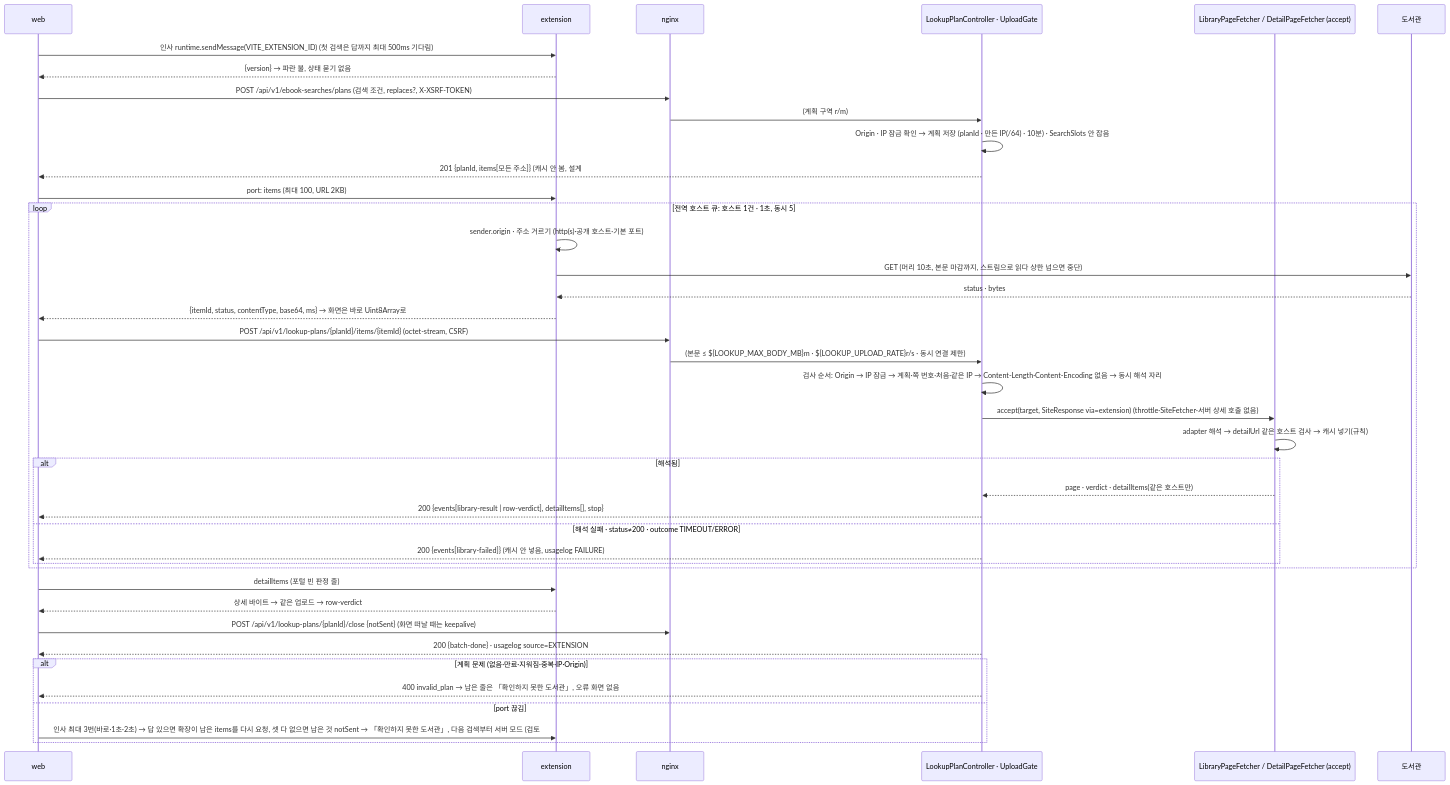
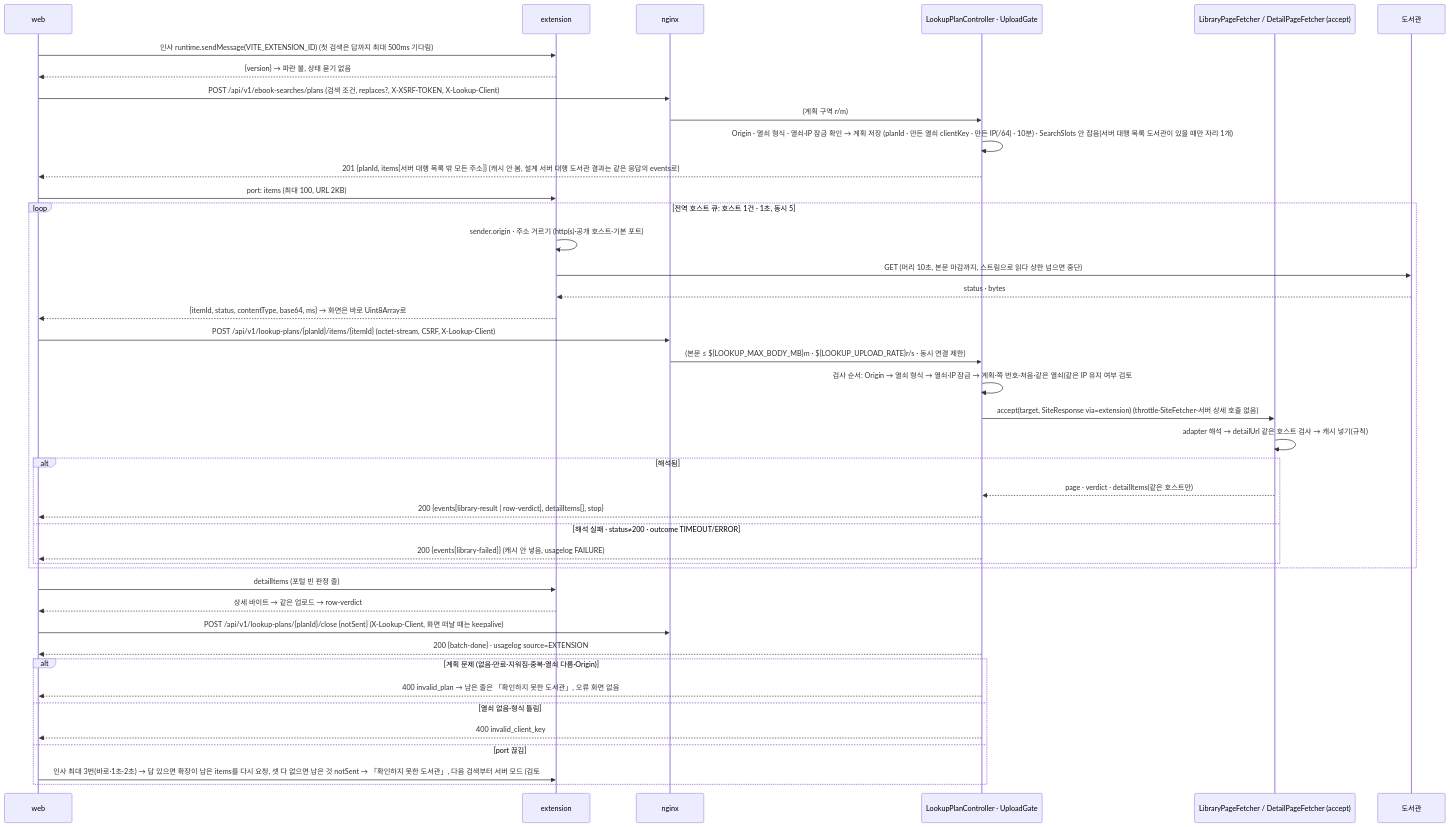
The third of 6 diagrams in docs/cycles/20-lookup-status-and-extension/design-delta.md (hodu-sketch/chaekcheck-plan), drawn with Mermaid before and after one commit. The commit also changed other lines of this file and 11 other files, not shown here.

Commit message:
cycle 20: apply design review fixes (env name, CHECKs, browser key everywhere, stale values, ACs, ADR-0131); review items #27-#31

````diff
--- a/docs/cycles/20-lookup-status-and-extension/design-delta.md
+++ b/docs/cycles/20-lookup-status-and-extension/design-delta.md
@@ -66,42 +67,44 @@
 ```mermaid
 sequenceDiagram
   participant W as web
   participant X as extension
   participant N as nginx
   participant P as LookupPlanController · UploadGate
   participant F as LibraryPageFetcher / DetailPageFetcher (accept)
   participant L as 도서관
   W->>X: 인사 runtime.sendMessage(VITE_EXTENSION_ID) (첫 검색은 답까지 최대 500ms 기다림)
   X-->>W: {version} → 파란 불, 상태 묻기 없음
-  W->>N: POST /api/v1/ebook-searches/plans (검색 조건, replaces?, X-XSRF-TOKEN)
+  W->>N: POST /api/v1/ebook-searches/plans (검색 조건, replaces?, X-XSRF-TOKEN, X-Lookup-Client)
   N->>P: (계획 구역 r/m)
-  P->>P: Origin · IP 잠금 확인 → 계획 저장 (planId · 만든 IP(/64) · 10분) · SearchSlots 안 잡음
-  P-->>W: 201 {planId, items[모든 주소]} (캐시 안 봄, 설계 #9)
+  P->>P: Origin · 열쇠 형식 · 열쇠·IP 잠금 확인 → 계획 저장 (planId · 만든 열쇠 clientKey · 만든 IP(/64) · 10분) · SearchSlots 안 잡음(서버 대행 목록 도서관이 있을 때만 자리 1개)
+  P-->>W: 201 {planId, items[서버 대행 목록 밖 모든 주소]} (캐시 안 봄, 설계 #9; 서버 대행 도서관 결과는 같은 응답의 events로)
   W->>X: port: items (최대 100, URL 2KB)
   loop 전역 호스트 큐: 호스트 1건 · 1초, 동시 5
     X->>X: sender.origin · 주소 거르기 (http(s)·공개 호스트·기본 포트)
     X->>L: GET (머리 10초, 본문 마감까지, 스트림으로 읽다 상한 넘으면 중단)
     L-->>X: status · bytes
     X-->>W: {itemId, status, contentType, base64, ms} → 화면은 바로 Uint8Array로
-    W->>N: POST /api/v1/lookup-plans/{planId}/items/{itemId} (octet-stream, CSRF)
+    W->>N: POST /api/v1/lookup-plans/{planId}/items/{itemId} (octet-stream, CSRF, X-Lookup-Client)
     N->>P: (본문 ≤ ${LOOKUP_MAX_BODY_MB}m · ${LOOKUP_UPLOAD_RATE}r/s · 동시 연결 제한)
-    P->>P: 검사 순서: Origin → IP 잠금 → 계획·쪽 번호·처음·같은 IP → Content-Length·Content-Encoding 없음 → 동시 해석 자리
+    P->>P: 검사 순서: Origin → 열쇠 형식 → 열쇠·IP 잠금 → 계획·쪽 번호·처음·같은 열쇠(같은 IP 유지 여부 검토 #27) → Content-Length·Content-Encoding 없음 → 동시 해석 자리
     P->>F: accept(target, SiteResponse via=extension) (throttle·SiteFetcher·서버 상세 호출 없음)
     F->>F: adapter 해석 → detailUrl 같은 호스트 검사 → 캐시 넣기(규칙)
     alt 해석됨
       F-->>P: page · verdict · detailItems(같은 호스트만)
       P-->>W: 200 {events[library-result | row-verdict], detailItems[], stop}
     else 해석 실패 · status≠200 · outcome TIMEOUT/ERROR
       P-->>W: 200 {events[library-failed]} (캐시 안 넣음, usagelog FAILURE)
     end
   end
   W->>X: detailItems (포털 빈 판정 줄)
   X-->>W: 상세 바이트 → 같은 업로드 → row-verdict
-  W->>N: POST /api/v1/lookup-plans/{planId}/close {notSent} (화면 떠날 때는 keepalive)
+  W->>N: POST /api/v1/lookup-plans/{planId}/close {notSent} (X-Lookup-Client, 화면 떠날 때는 keepalive)
   P-->>W: 200 {batch-done} · usagelog source=EXTENSION
-  alt 계획 문제 (없음·만료·지워짐·중복·IP·Origin)
+  alt 계획 문제 (없음·만료·지워짐·중복·열쇠 다름·Origin)
     P-->>W: 400 invalid_plan → 남은 줄은 「확인하지 못한 도서관」, 오류 화면 없음
+  else 열쇠 없음·형식 틀림
+    P-->>W: 400 invalid_client_key
   else port 끊김
     W->>X: 인사 최대 3번(바로·1초·2초) → 답 있으면 확장이 남은 items를 다시 요청, 셋 다 없으면 남은 것 notSent → 「확인하지 못한 도서관」, 다음 검색부터 서버 모드 (검토 #4 확정)
   end
 ```
````
